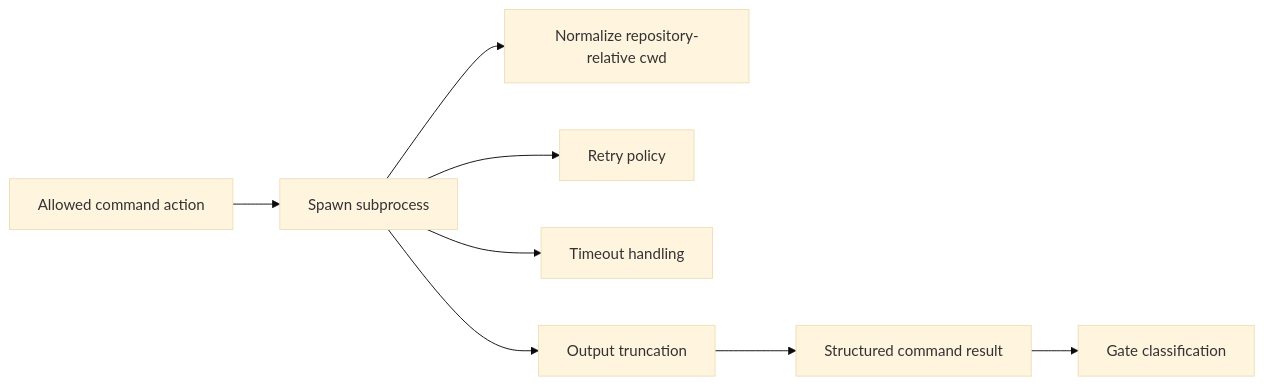
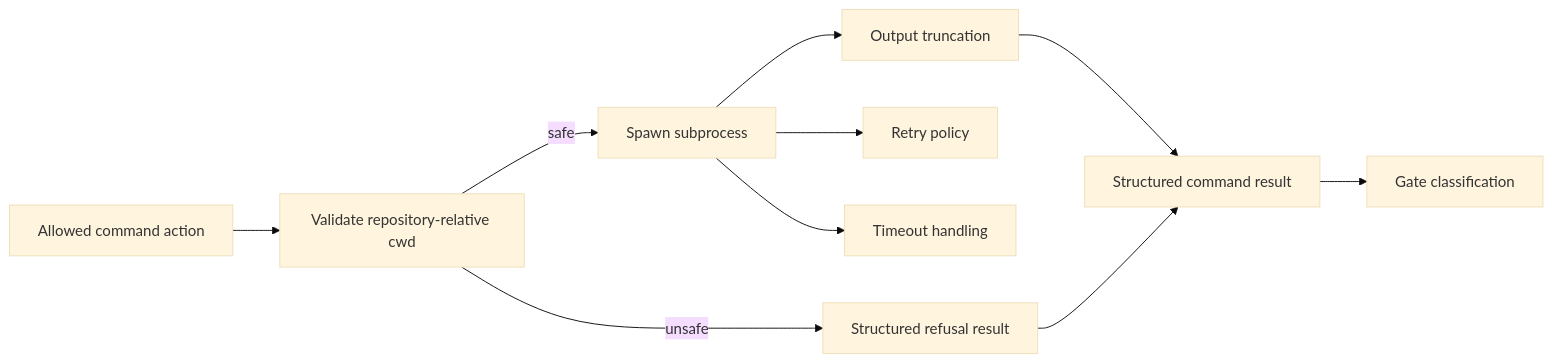
The diagram in packages/execution/README.md (VannaDii/ironloom), drawn with Mermaid (base theme) before and after one commit. The commit also changed other lines of this file and 71 other files, not shown here.

````diff
--- a/packages/execution/README.md
+++ b/packages/execution/README.md
@@ -11,10 +11,12 @@
 ```mermaid
 flowchart LR
-  Policy[Allowed command action] --> Execute[Spawn subprocess]
-  Execute --> Cwd[Normalize repository-relative cwd]
+  Policy[Allowed command action] --> Cwd[Validate repository-relative cwd]
+  Cwd -->|safe| Execute[Spawn subprocess]
+  Cwd -->|unsafe| Refuse[Structured refusal result]
   Execute --> Retry[Retry policy]
   Execute --> Timeout[Timeout handling]
   Execute --> Output[Output truncation]
   Output --> Result[Structured command result]
+  Refuse --> Result
   Result --> Gates[Gate classification]
 ```
````
